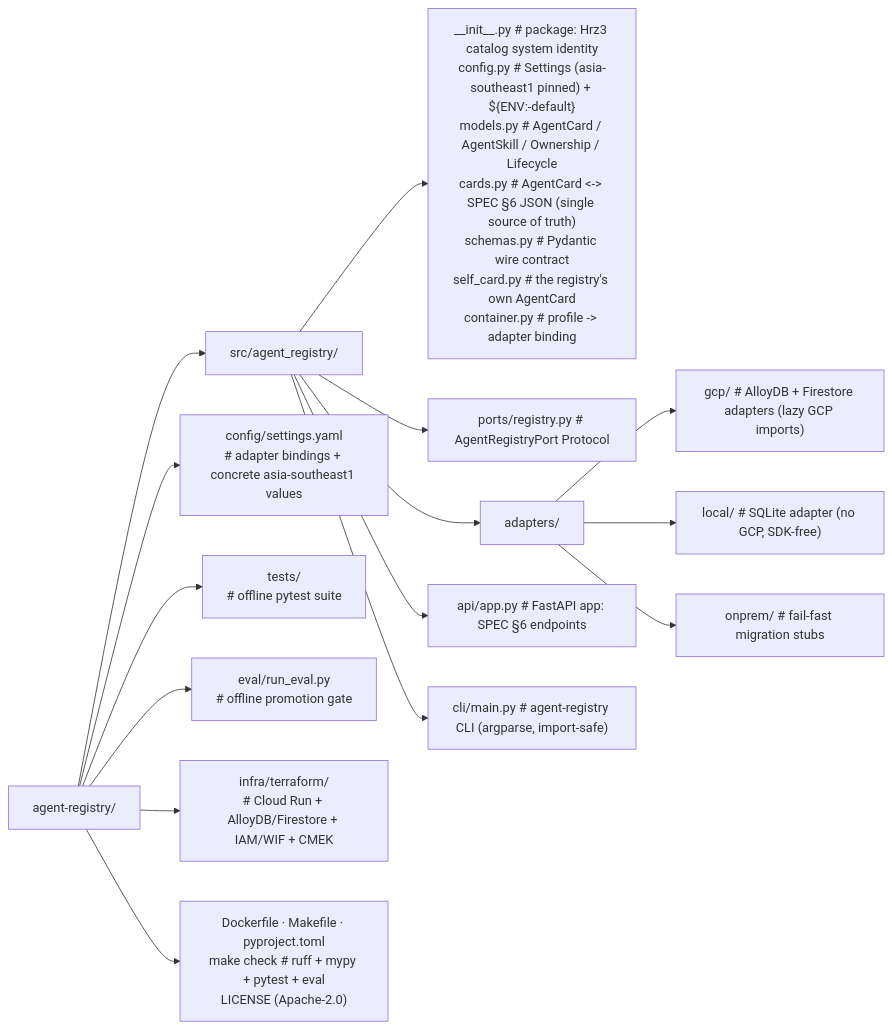
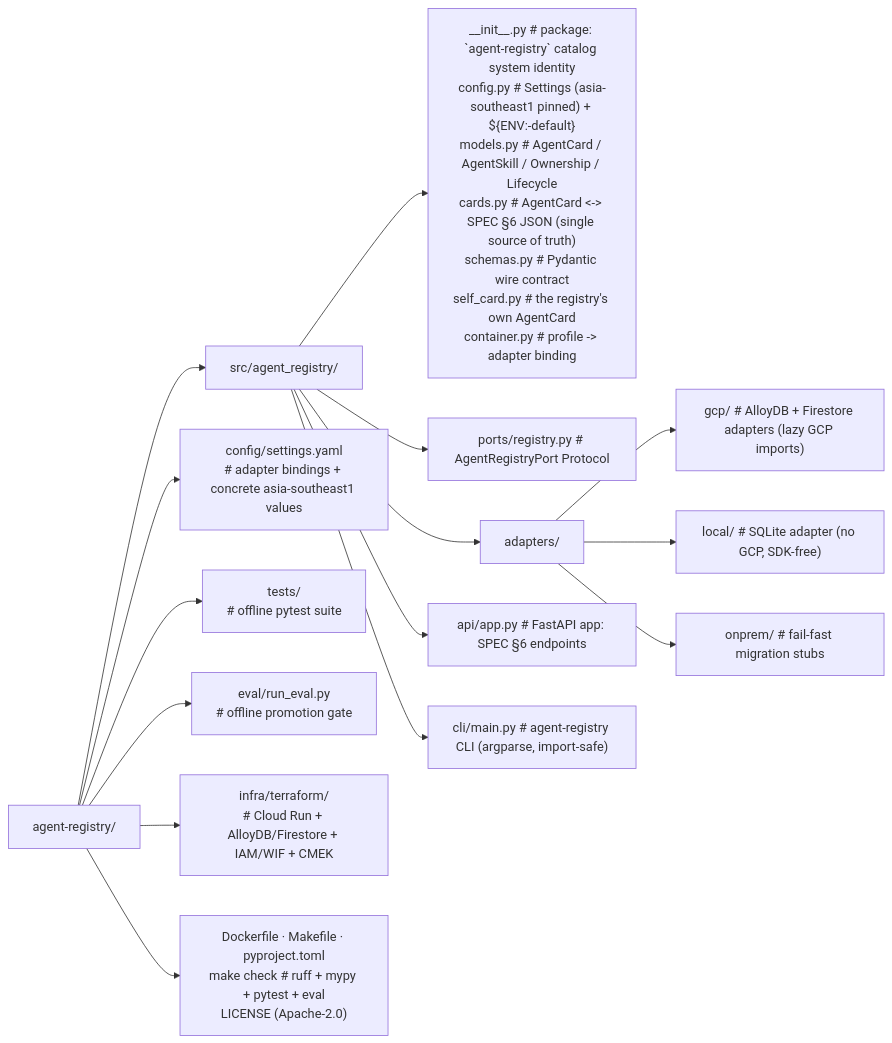
Before and after one commit to portable-genai/agent-registry: the second of 2 diagrams in README.md, drawn with Mermaid. The commit also changed other lines of this file and 35 other files, not shown here.

````diff
--- a/README.md
+++ b/README.md
@@ -407,20 +407,20 @@
 ```mermaid
 flowchart LR
   root["agent-registry/"]
   root --> src["src/agent_registry/"]
   root --> cfg["config/settings.yaml<br/># adapter bindings + concrete asia-southeast1 values"]
   root --> tests["tests/<br/># offline pytest suite"]
   root --> evald["eval/run_eval.py<br/># offline promotion gate"]
   root --> infra["infra/terraform/<br/># Cloud Run + AlloyDB/Firestore + IAM/WIF + CMEK"]
   root --> meta["Dockerfile · Makefile · pyproject.toml<br/>make check # ruff + mypy + pytest + eval<br/>LICENSE (Apache-2.0)"]
 
-  src --> srcfiles["__init__.py # package: Hrz3 catalog system identity<br/>config.py # Settings (asia-southeast1 pinned) + ${ENV:-default}<br/>models.py # AgentCard / AgentSkill / Ownership / Lifecycle<br/>cards.py # AgentCard &lt;-&gt; SPEC §6 JSON (single source of truth)<br/>schemas.py # Pydantic wire contract<br/>self_card.py # the registry's own AgentCard<br/>container.py # profile -&gt; adapter binding"]
+  src --> srcfiles["__init__.py # package: `agent-registry` catalog system identity<br/>config.py # Settings (asia-southeast1 pinned) + ${ENV:-default}<br/>models.py # AgentCard / AgentSkill / Ownership / Lifecycle<br/>cards.py # AgentCard &lt;-&gt; SPEC §6 JSON (single source of truth)<br/>schemas.py # Pydantic wire contract<br/>self_card.py # the registry's own AgentCard<br/>container.py # profile -&gt; adapter binding"]
   src --> ports["ports/registry.py # AgentRegistryPort Protocol"]
   src --> adapters["adapters/"]
   src --> apiapp["api/app.py # FastAPI app: SPEC §6 endpoints"]
   src --> clipkg["cli/main.py # agent-registry CLI (argparse, import-safe)"]
 
   adapters --> gcp["gcp/ # AlloyDB + Firestore adapters (lazy GCP imports)"]
   adapters --> local["local/ # SQLite adapter (no GCP, SDK-free)"]
   adapters --> onprem["onprem/ # fail-fast migration stubs"]
 ```
````
